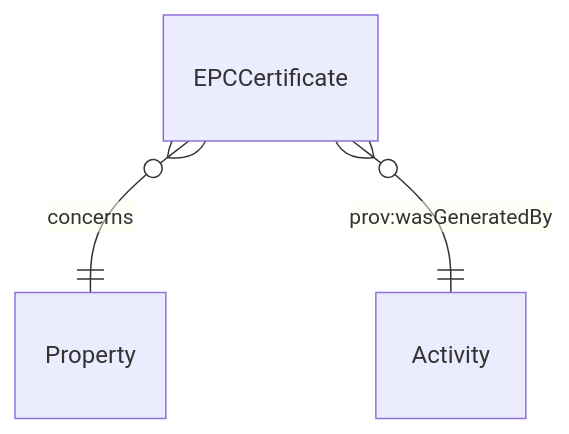
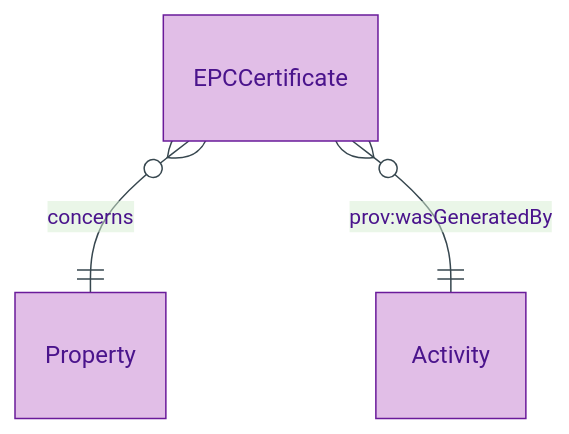
One commit to sparkling/opda changed the first of 2 diagrams in docs/manual/logical/descriptive/epc-certificate.md. Above: the diagram before and after it, drawn with Mermaid. The commit also changed other lines of this file and 179 other files, not shown here.

First line of the commit message:
docs(manual): Logical-tier diagram expansion via /diagramming skill

````diff
--- a/docs/manual/logical/descriptive/epc-certificate.md
+++ b/docs/manual/logical/descriptive/epc-certificate.md
@@ -30,5 +35,9 @@
 ```mermaid
+%%{init: {"theme": "base", "themeVariables": {"primaryColor": "#E1BEE7", "primaryTextColor": "#4A148C", "primaryBorderColor": "#6A1B9A", "lineColor": "#37474F"}}}%%
 erDiagram
+    accTitle: EPCCertificate — Entity-Relationship Diagram
+    accDescr: EPCCertificate — concerns a Property and carries PROV-O wasGeneratedBy to issuing DESNZ register-issuance Activity.
+
     EPCCertificate }o--|| Property : "concerns"
     EPCCertificate }o--|| Activity : "prov:wasGeneratedBy"
 ```
````
